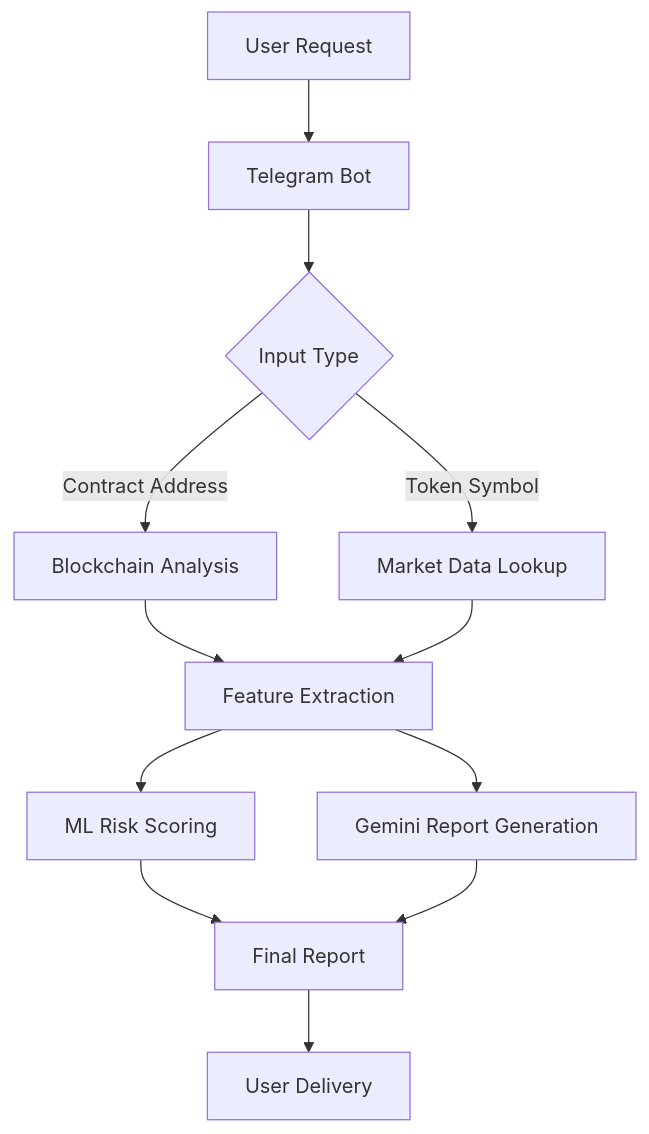
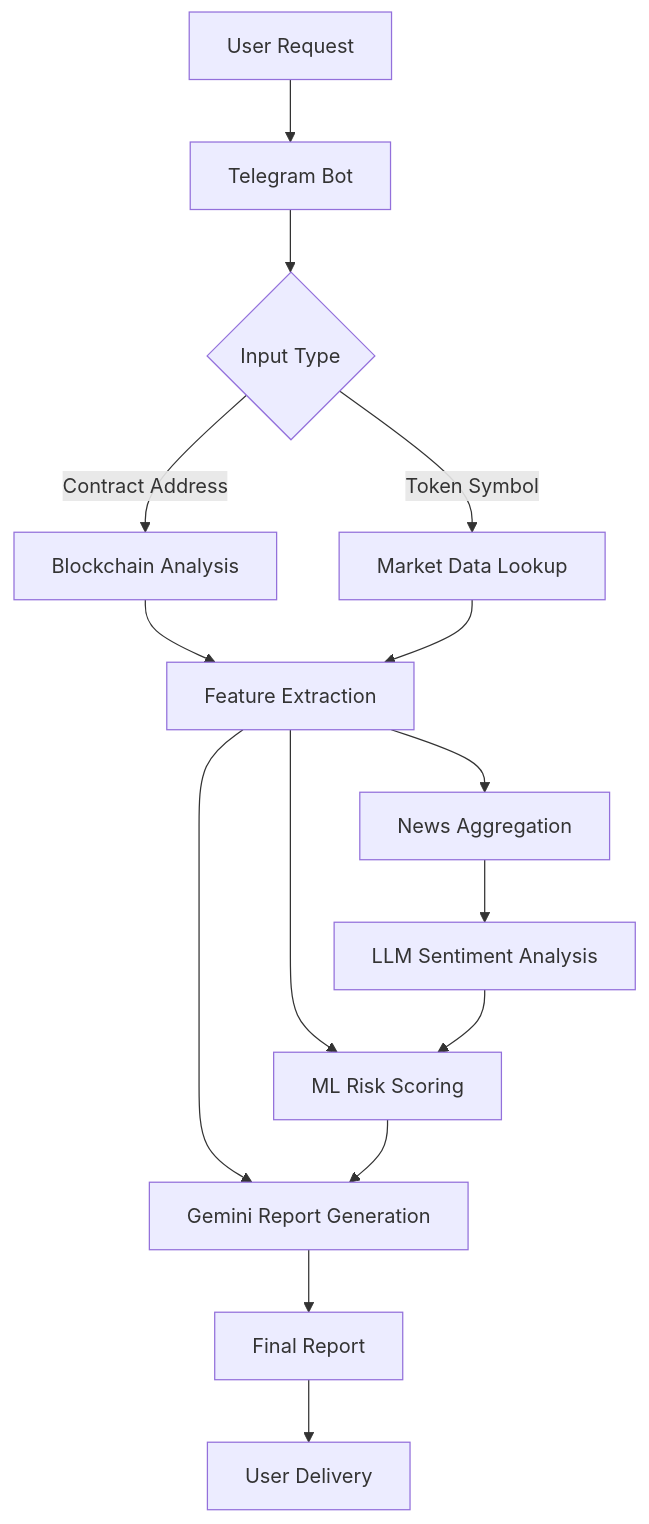
The diagram in README.md (vaskers5/crypto_token_fraud_analyzer), drawn with Mermaid before and after one commit. The commit also changed other lines of this file, not shown here.

````diff
--- a/README.md
+++ b/README.md
@@ -35,14 +40,17 @@
 ```mermaid
 graph TD
     A[User Request] --> B[Telegram Bot]
     B --> C{Input Type}
     C -->|Contract Address| D[Blockchain Analysis]
     C -->|Token Symbol| E[Market Data Lookup]
     D --> F[Feature Extraction]
     E --> F
-    F --> G[ML Risk Scoring]
-    F --> H[Gemini Report Generation]
-    G --> I[Final Report]
+    F --> G[News Aggregation]
+    G --> H[LLM Sentiment Analysis]
+    F --> I[ML Risk Scoring]
     H --> I
-    I --> J[User Delivery]
+    F --> J[Gemini Report Generation]
+    I --> J
+    J --> K[Final Report]
+    K --> L[User Delivery]
 ```
````
